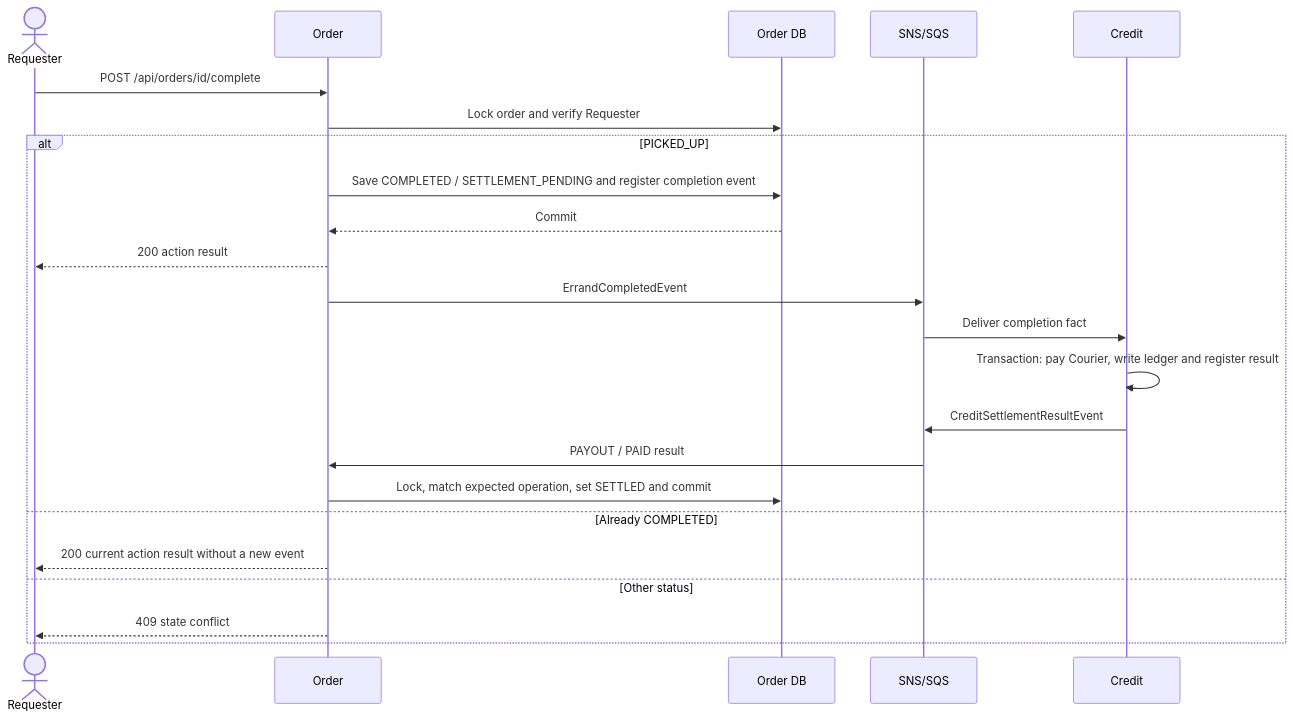
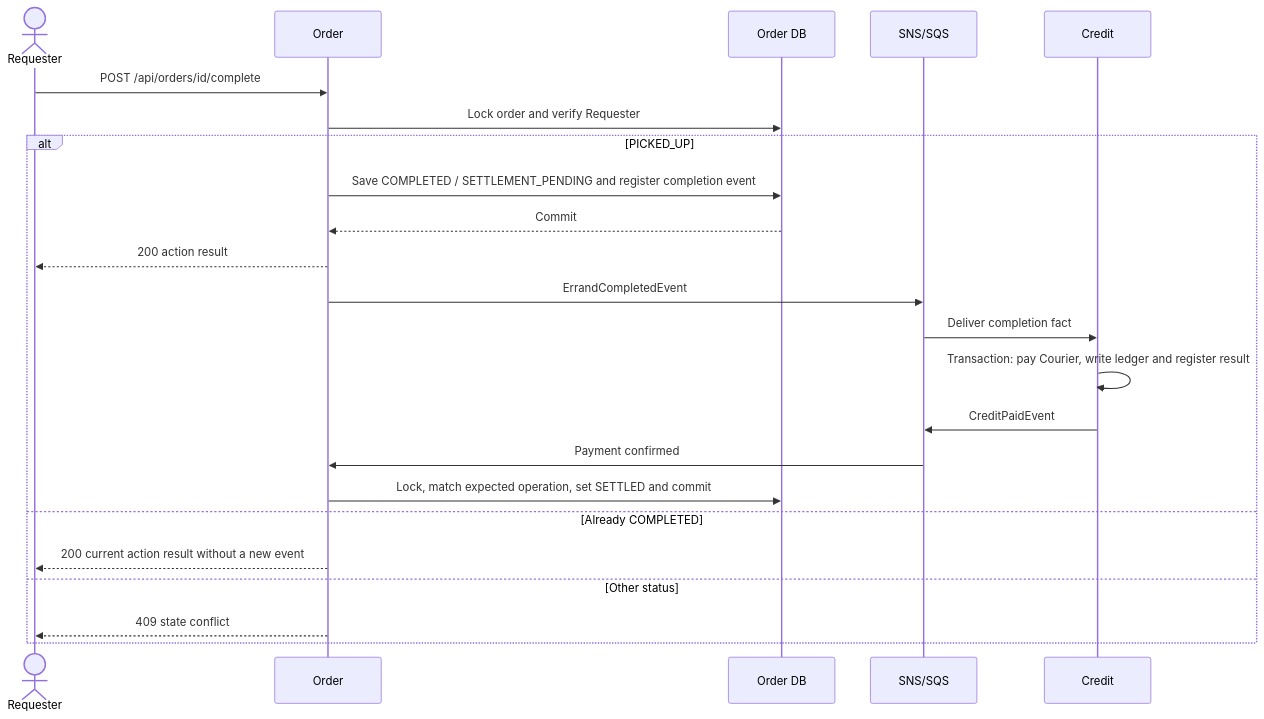
Before and after one commit to AY2627S1-CS3219-P24/FoC: the sixth of 16 diagrams in order-service/README.md, drawn with Mermaid. The commit also changed other lines of this file and 43 other files, not shown here.

Commit message:
refactor: separate payment and refund event flows

````diff
--- a/order-service/README.md
+++ b/order-service/README.md
@@ -187,25 +187,25 @@
 ```mermaid
 sequenceDiagram
     actor Requester
     participant Order
     participant DB as Order DB
     participant MQ as SNS/SQS
     participant Credit
     Requester->>Order: POST /api/orders/id/complete
     Order->>DB: Lock order and verify Requester
     alt PICKED_UP
         Order->>DB: Save COMPLETED / SETTLEMENT_PENDING and register completion event
         DB-->>Order: Commit
         Order-->>Requester: 200 action result
         Order->>MQ: ErrandCompletedEvent
         MQ->>Credit: Deliver completion fact
         Credit->>Credit: Transaction: pay Courier, write ledger and register result
-        Credit->>MQ: CreditSettlementResultEvent
-        MQ->>Order: PAYOUT / PAID result
+        Credit->>MQ: CreditPaidEvent
+        MQ->>Order: Payment confirmed
         Order->>DB: Lock, match expected operation, set SETTLED and commit
     else Already COMPLETED
         Order-->>Requester: 200 current action result without a new event
     else Other status
         Order-->>Requester: 409 state conflict
     end
 ```
````
